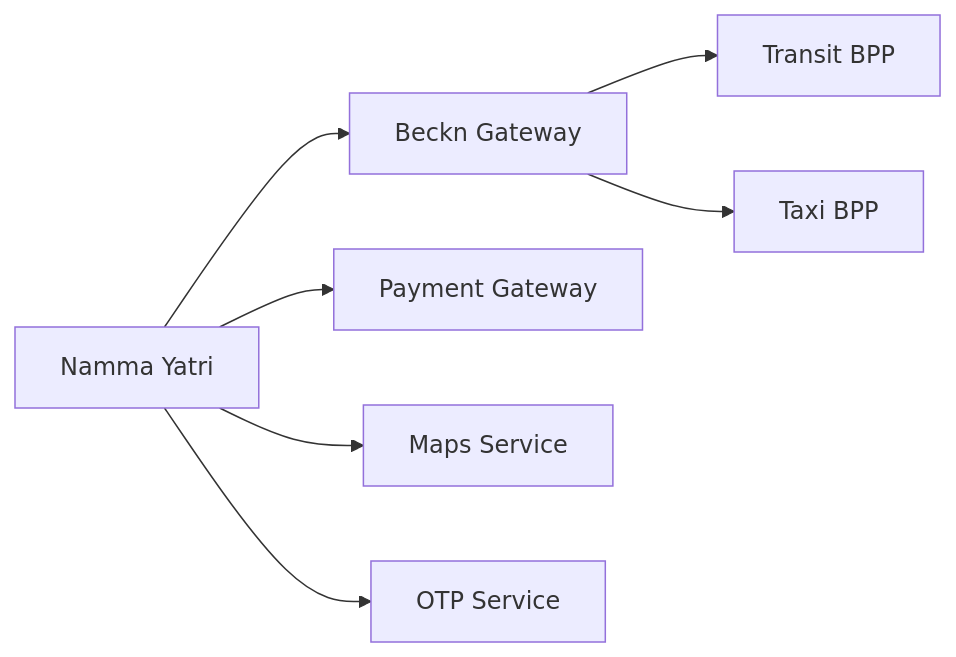
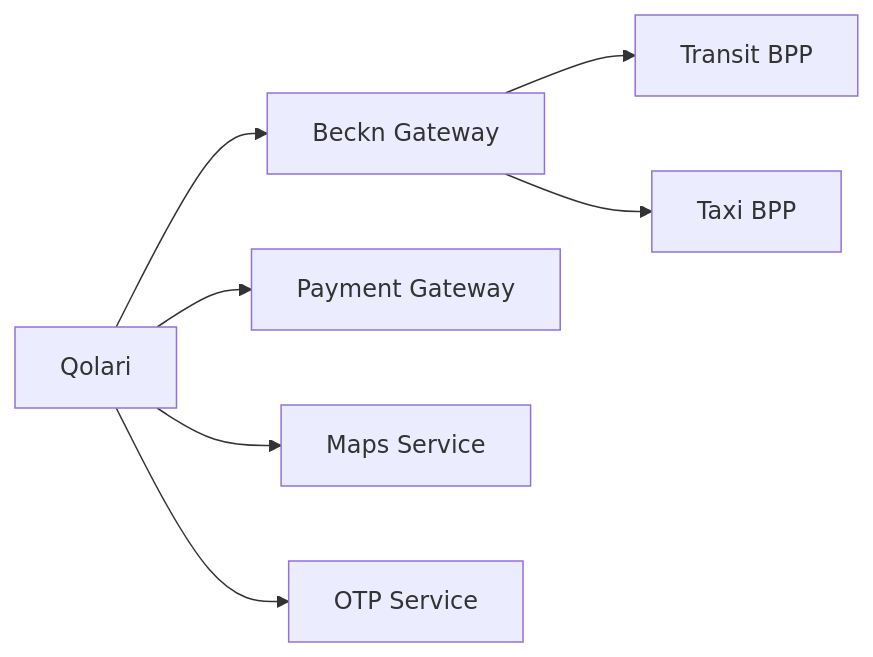
The diagram in Backend/docs/multimodal/Multimodal_Journey_Architecture_Overview.md (qolariai/qolari), drawn with Mermaid before and after one commit. The commit also changed other lines of this file and 815 other files, not shown here.

Commit message:
sanitize: complete rebrand from Namma Yatri/Juspay to Qolari Technologies

````diff
--- a/Backend/docs/multimodal/Multimodal_Journey_Architecture_Overview.md
+++ b/Backend/docs/multimodal/Multimodal_Journey_Architecture_Overview.md
@@ -136,9 +136,9 @@
 ```mermaid
 graph LR
-    A[Namma Yatri] --> B[Beckn Gateway]
+    A[Qolari] --> B[Beckn Gateway]
     B --> C[Transit BPP]
     B --> D[Taxi BPP]
     A --> E[Payment Gateway]
     A --> F[Maps Service]
     A --> G[OTP Service]
 ```
````
